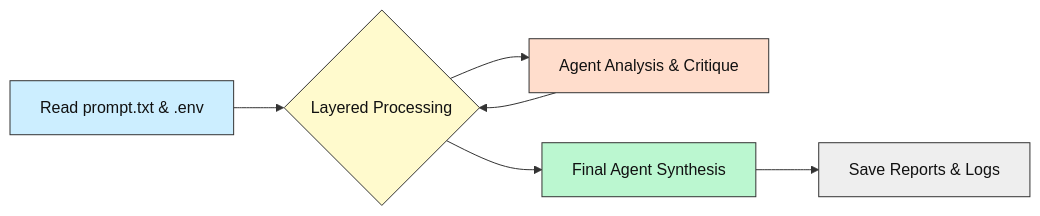
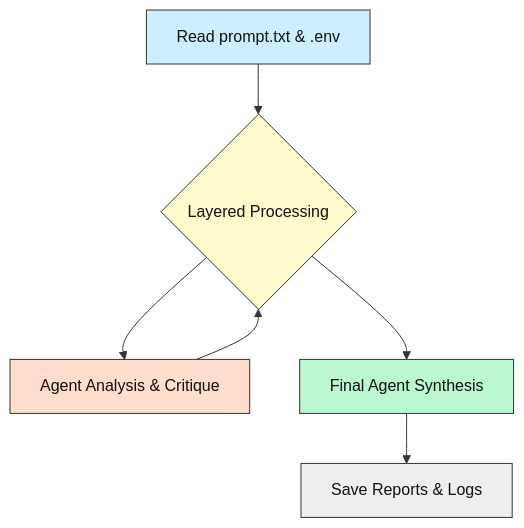
Before and after one commit to Mindrocket42/MOA-DeepOutputs: the first of 3 diagrams in README.md, drawn with Mermaid.

````diff
--- a/README.md
+++ b/README.md
@@ -56,13 +56,13 @@
 ```mermaid
-flowchart LR
+flowchart TD
     A[Read prompt.txt & .env] --> B{Layered Processing}
     B --> C[Agent Analysis & Critique]
     C --> B
     B --> D[Final Agent Synthesis]
     D --> E[Save Reports & Logs]
     style A fill:#cceeff,stroke:#333333,color:#111111
     style B fill:#fffacd,stroke:#333333,color:#111111
     style C fill:#ffddcc,stroke:#333333,color:#111111
     style D fill:#bbf7d0,stroke:#333333,color:#111111
     style E fill:#eeeeee,stroke:#333333,color:#111111
 ```
````
